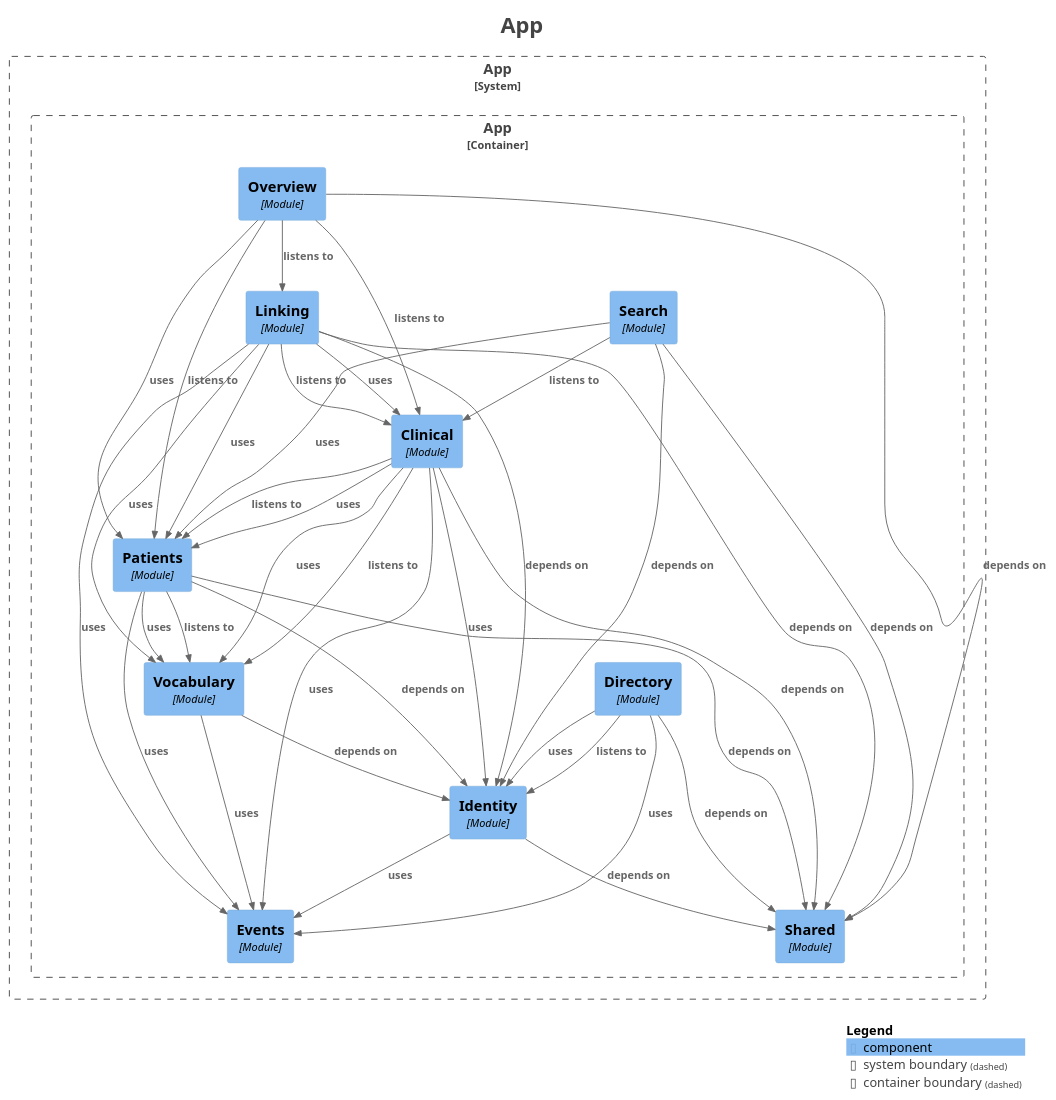
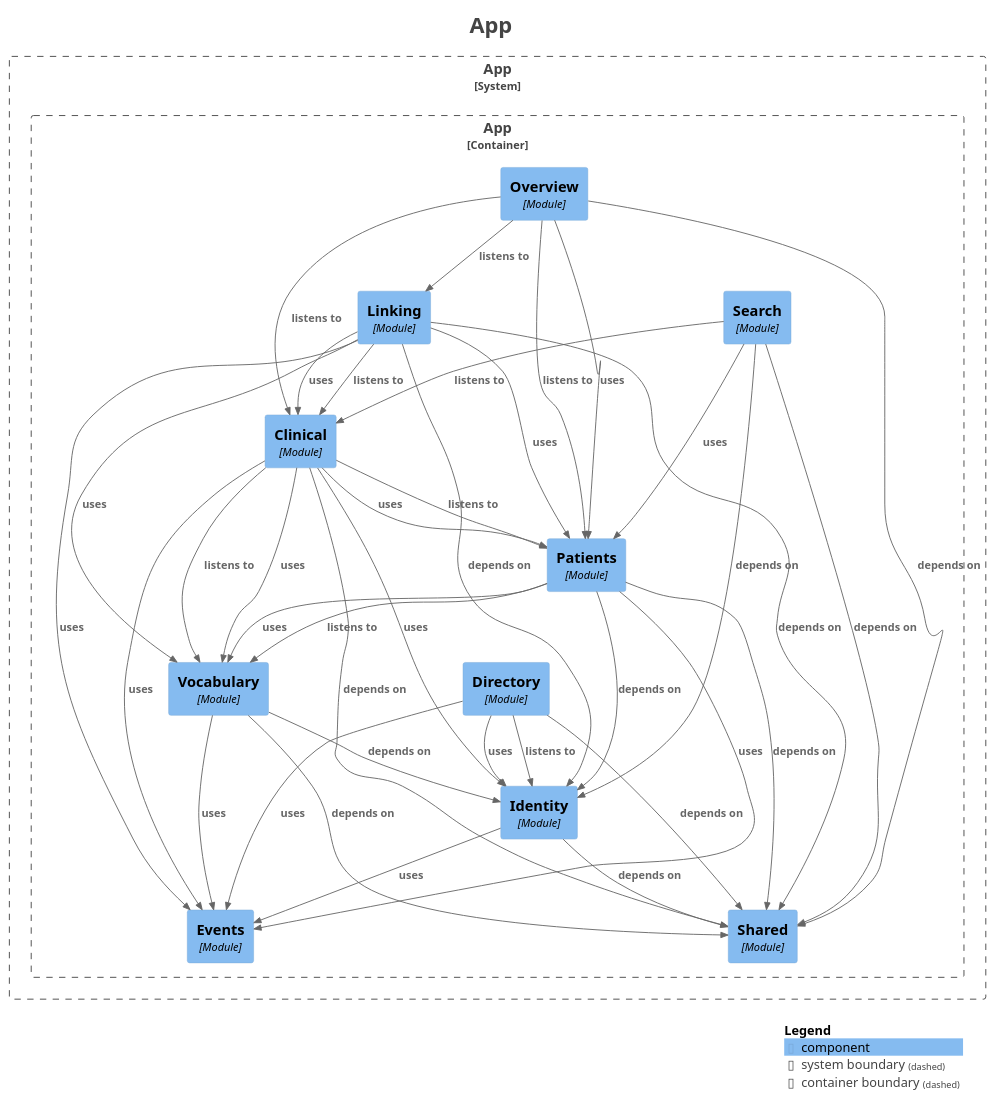
One commit to mrscams/psymate-api changed the diagram in docs/generated/components.puml. Above: the diagram before and after it, drawn with PlantUML. The commit also changed 6 other files, not shown here.

```diff
--- a/docs/generated/components.puml
+++ b/docs/generated/components.puml
@@ -1,73 +1,74 @@
 @startuml
 title <size:24>App</size>
 
 set separator none
 top to bottom direction
 
 <style>
   root {
     BackgroundColor: #ffffff
     FontColor: #444444
   }
 </style>
 
 !include <C4/C4>
 !include <C4/C4_Context>
 !include <C4/C4_Component>
 
 System_Boundary("App_boundary", "App", $tags="") {
   Container_Boundary("App.App_boundary", "App", $tags="") {
     Component(App.App.Clinical, "Clinical", $techn="Module", $descr="", $tags="", $link="")
     Component(App.App.Directory, "Directory", $techn="Module", $descr="", $tags="", $link="")
     Component(App.App.Events, "Events", $techn="Module", $descr="", $tags="", $link="")
     Component(App.App.Identity, "Identity", $techn="Module", $descr="", $tags="", $link="")
     Component(App.App.Linking, "Linking", $techn="Module", $descr="", $tags="", $link="")
     Component(App.App.Overview, "Overview", $techn="Module", $descr="", $tags="", $link="")
     Component(App.App.Patients, "Patients", $techn="Module", $descr="", $tags="", $link="")
     Component(App.App.Search, "Search", $techn="Module", $descr="", $tags="", $link="")
     Component(App.App.Shared, "Shared", $techn="Module", $descr="", $tags="", $link="")
     Component(App.App.Vocabulary, "Vocabulary", $techn="Module", $descr="", $tags="", $link="")
   }
 
 }
 
 Rel(App.App.Clinical, App.App.Events, "uses", $techn="", $tags="", $link="")
 Rel(App.App.Clinical, App.App.Identity, "uses", $techn="", $tags="", $link="")
 Rel(App.App.Clinical, App.App.Patients, "listens to", $techn="", $tags="", $link="")
 Rel(App.App.Clinical, App.App.Patients, "uses", $techn="", $tags="", $link="")
 Rel(App.App.Clinical, App.App.Shared, "depends on", $techn="", $tags="", $link="")
 Rel(App.App.Clinical, App.App.Vocabulary, "listens to", $techn="", $tags="", $link="")
 Rel(App.App.Clinical, App.App.Vocabulary, "uses", $techn="", $tags="", $link="")
 Rel(App.App.Directory, App.App.Events, "uses", $techn="", $tags="", $link="")
 Rel(App.App.Directory, App.App.Identity, "listens to", $techn="", $tags="", $link="")
 Rel(App.App.Directory, App.App.Identity, "uses", $techn="", $tags="", $link="")
 Rel(App.App.Directory, App.App.Shared, "depends on", $techn="", $tags="", $link="")
 Rel(App.App.Identity, App.App.Events, "uses", $techn="", $tags="", $link="")
 Rel(App.App.Identity, App.App.Shared, "depends on", $techn="", $tags="", $link="")
 Rel(App.App.Linking, App.App.Clinical, "listens to", $techn="", $tags="", $link="")
 Rel(App.App.Linking, App.App.Clinical, "uses", $techn="", $tags="", $link="")
 Rel(App.App.Linking, App.App.Events, "uses", $techn="", $tags="", $link="")
 Rel(App.App.Linking, App.App.Identity, "depends on", $techn="", $tags="", $link="")
 Rel(App.App.Linking, App.App.Patients, "uses", $techn="", $tags="", $link="")
 Rel(App.App.Linking, App.App.Shared, "depends on", $techn="", $tags="", $link="")
 Rel(App.App.Linking, App.App.Vocabulary, "uses", $techn="", $tags="", $link="")
 Rel(App.App.Overview, App.App.Clinical, "listens to", $techn="", $tags="", $link="")
 Rel(App.App.Overview, App.App.Linking, "listens to", $techn="", $tags="", $link="")
 Rel(App.App.Overview, App.App.Patients, "listens to", $techn="", $tags="", $link="")
 Rel(App.App.Overview, App.App.Patients, "uses", $techn="", $tags="", $link="")
 Rel(App.App.Overview, App.App.Shared, "depends on", $techn="", $tags="", $link="")
 Rel(App.App.Patients, App.App.Events, "uses", $techn="", $tags="", $link="")
 Rel(App.App.Patients, App.App.Identity, "depends on", $techn="", $tags="", $link="")
 Rel(App.App.Patients, App.App.Shared, "depends on", $techn="", $tags="", $link="")
 Rel(App.App.Patients, App.App.Vocabulary, "listens to", $techn="", $tags="", $link="")
 Rel(App.App.Patients, App.App.Vocabulary, "uses", $techn="", $tags="", $link="")
 Rel(App.App.Search, App.App.Clinical, "listens to", $techn="", $tags="", $link="")
 Rel(App.App.Search, App.App.Identity, "depends on", $techn="", $tags="", $link="")
 Rel(App.App.Search, App.App.Patients, "uses", $techn="", $tags="", $link="")
 Rel(App.App.Search, App.App.Shared, "depends on", $techn="", $tags="", $link="")
 Rel(App.App.Vocabulary, App.App.Events, "uses", $techn="", $tags="", $link="")
 Rel(App.App.Vocabulary, App.App.Identity, "depends on", $techn="", $tags="", $link="")
+Rel(App.App.Vocabulary, App.App.Shared, "depends on", $techn="", $tags="", $link="")
 
 SHOW_LEGEND(true)
 hide stereotypes
 @enduml
```
